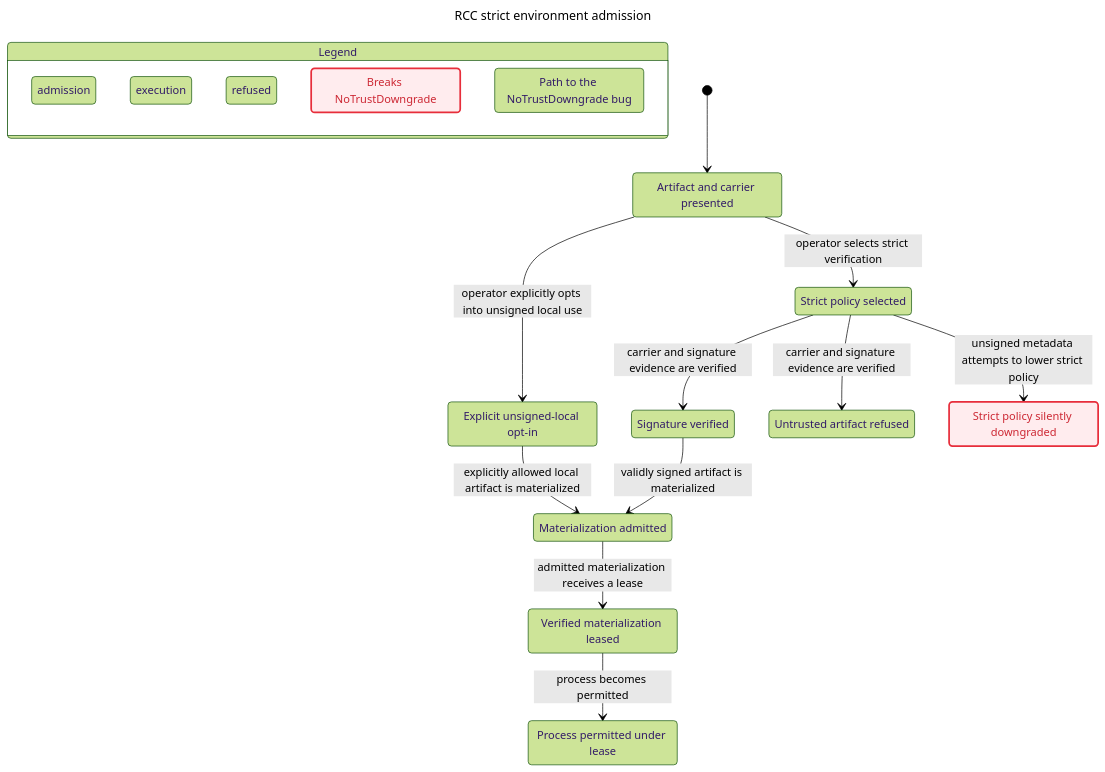
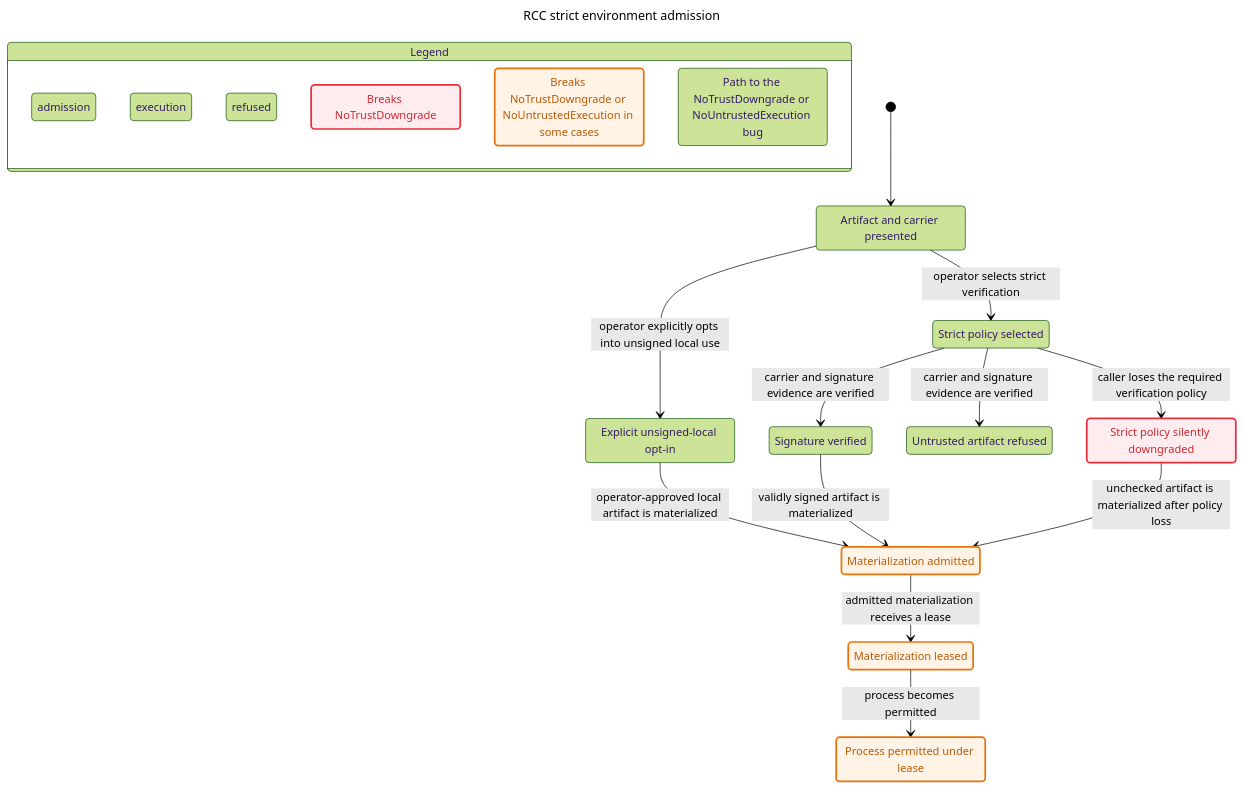
Before and after one commit to joshyorko/rcc: the diagram in docs/formal/execution-lifecycle/evidence/downgrade-counterexample.mmd, drawn with Mermaid (forest theme). The commit also changed 10 other files, not shown here.

Commit message:
test(formal): model lost caller policy through actual admission boundaries

```diff
--- a/docs/formal/execution-lifecycle/evidence/downgrade-counterexample.mmd
+++ b/docs/formal/execution-lifecycle/evidence/downgrade-counterexample.mmd
@@ -1,49 +1,59 @@
 ---
 title: "RCC strict environment admission"
 ---
 stateDiagram-v2
   state "Legend" as legend {
     lg0: admission
     lg1: execution
     lg2: refused
     lg3: Breaks NoTrustDowngrade
-    lg4: Path to the NoTrustDowngrade bug
+    lg4: Breaks NoTrustDowngrade or NoUntrustedExecution in some cases
+    lg5: Path to the NoTrustDowngrade or NoUntrustedExecution bug
   }
   class lg0 blue
   class lg1 teal
   class lg2 pink
   class lg3 breaks
-  class lg4 bugPath
+  class lg4 mayBreak
+  class lg5 bugPath
   s0: Artifact and carrier presented
   s1: Strict policy selected
   s2: Explicit unsigned-local opt-in
   s3: Signature verified
   s4: Untrusted artifact refused
   s5: Strict policy silently downgraded
   s6: Materialization admitted
-  s7: Verified materialization leased
+  s7: Materialization leased
   s8: Process permitted under lease
   [*] --> s0
   s0 --> s1: operator selects strict verification
   s0 --> s2: operator explicitly opts into unsigned local use
   s1 --> s4: carrier and signature evidence are verified
-  s1 --> s5: unsigned metadata attempts to lower strict policy
+  s1 --> s5: caller loses the required verification policy
   s1 --> s3: carrier and signature evidence are verified
-  s2 --> s6: explicitly allowed local artifact is materialized
+  s2 --> s6: operator-approved local artifact is materialized
   s3 --> s6: validly signed artifact is materialized
+  s5 --> s6: unchecked artifact is materialized after policy loss
   s6 --> s7: admitted materialization receives a lease
   s7 --> s8: process becomes permitted
   classDef breaks fill:#ffecee,stroke:#e72e3b,stroke-width:2.5px,color:#cd2834
+  classDef mayBreak fill:#fff3e6,stroke:#e8730c,stroke-width:2.5px,color:#b85a06
   class s0 blue
   class s0 bugPath
   class s1 blue
   class s1 bugPath
   class s2 blue
   class s3 blue
   class s4 pink
   class s5 blue
   class s5 breaks
   class s5 bugPath
   class s6 blue
+  class s6 mayBreak
+  class s6 bugPath
   class s7 blue
+  class s7 mayBreak
+  class s7 bugPath
   class s8 teal
+  class s8 mayBreak
+  class s8 bugPath
```
